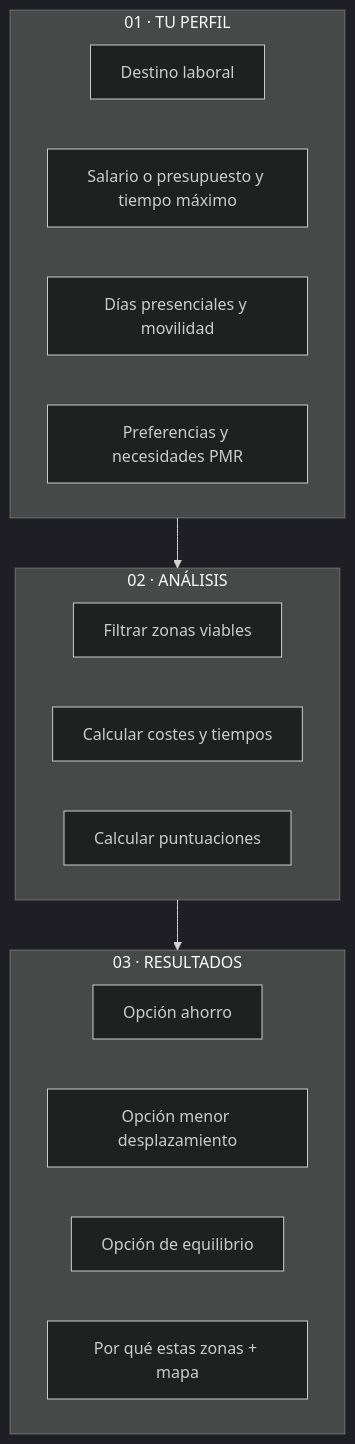
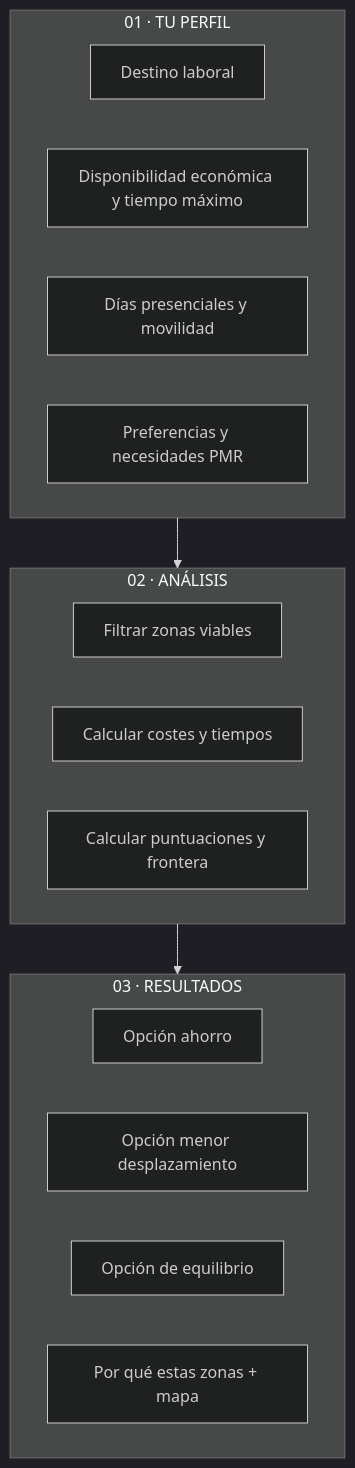
One commit to byanagarez/propuesta-DATAMAD26 changed the second of 3 diagrams in README.md. Above: the diagram before and after it, drawn with Mermaid (dark theme). The commit also changed other lines of this file, not shown here.

````diff
--- a/README.md
+++ b/README.md
@@ -61,21 +64,21 @@
 ```mermaid
 flowchart TB
     subgraph S1[01 · TU PERFIL]
       A1[Destino laboral]
-      A2[Salario o presupuesto y tiempo máximo]
+      A2[Disponibilidad económica y tiempo máximo]
       A3[Días presenciales y movilidad]
       A4[Preferencias y necesidades PMR]
     end
     subgraph S2[02 · ANÁLISIS]
       B1[Filtrar zonas viables]
       B2[Calcular costes y tiempos]
-      B3[Calcular puntuaciones]
+      B3[Calcular puntuaciones y frontera]
     end
     subgraph S3[03 · RESULTADOS]
       C1[Opción ahorro]
       C2[Opción menor desplazamiento]
       C3[Opción de equilibrio]
       C4[Por qué estas zonas + mapa]
     end
     S1 --> S2 --> S3
 ```
````
